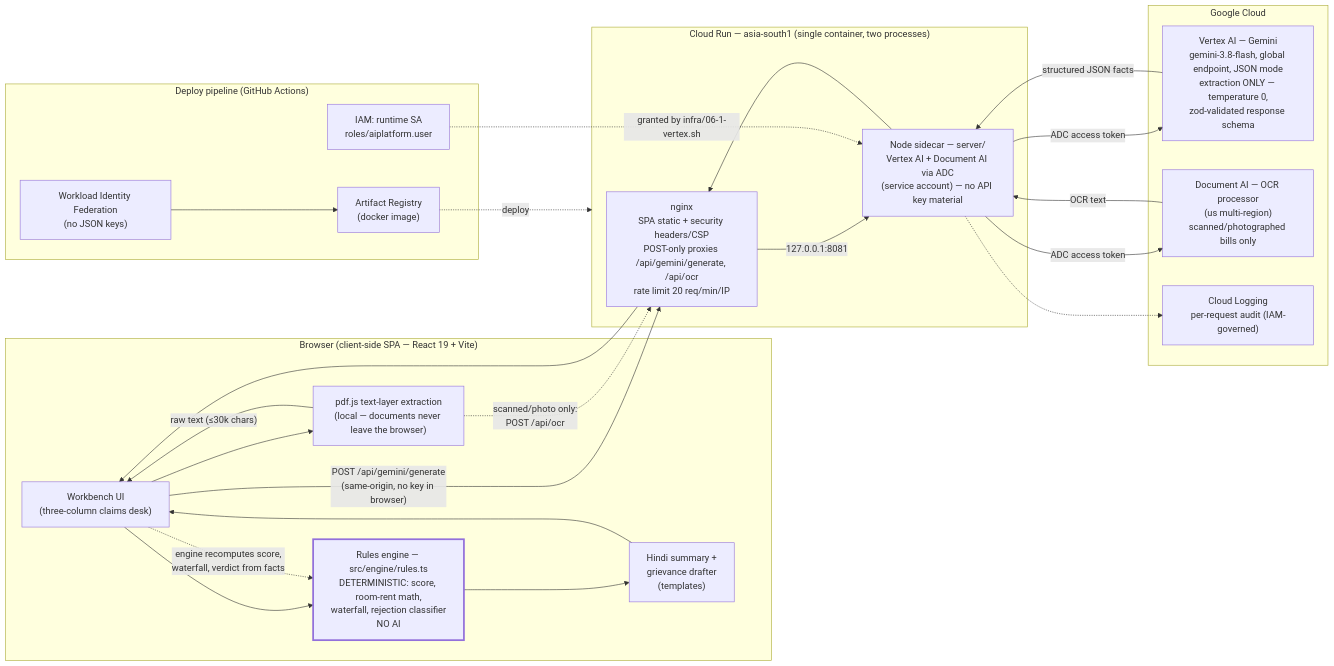
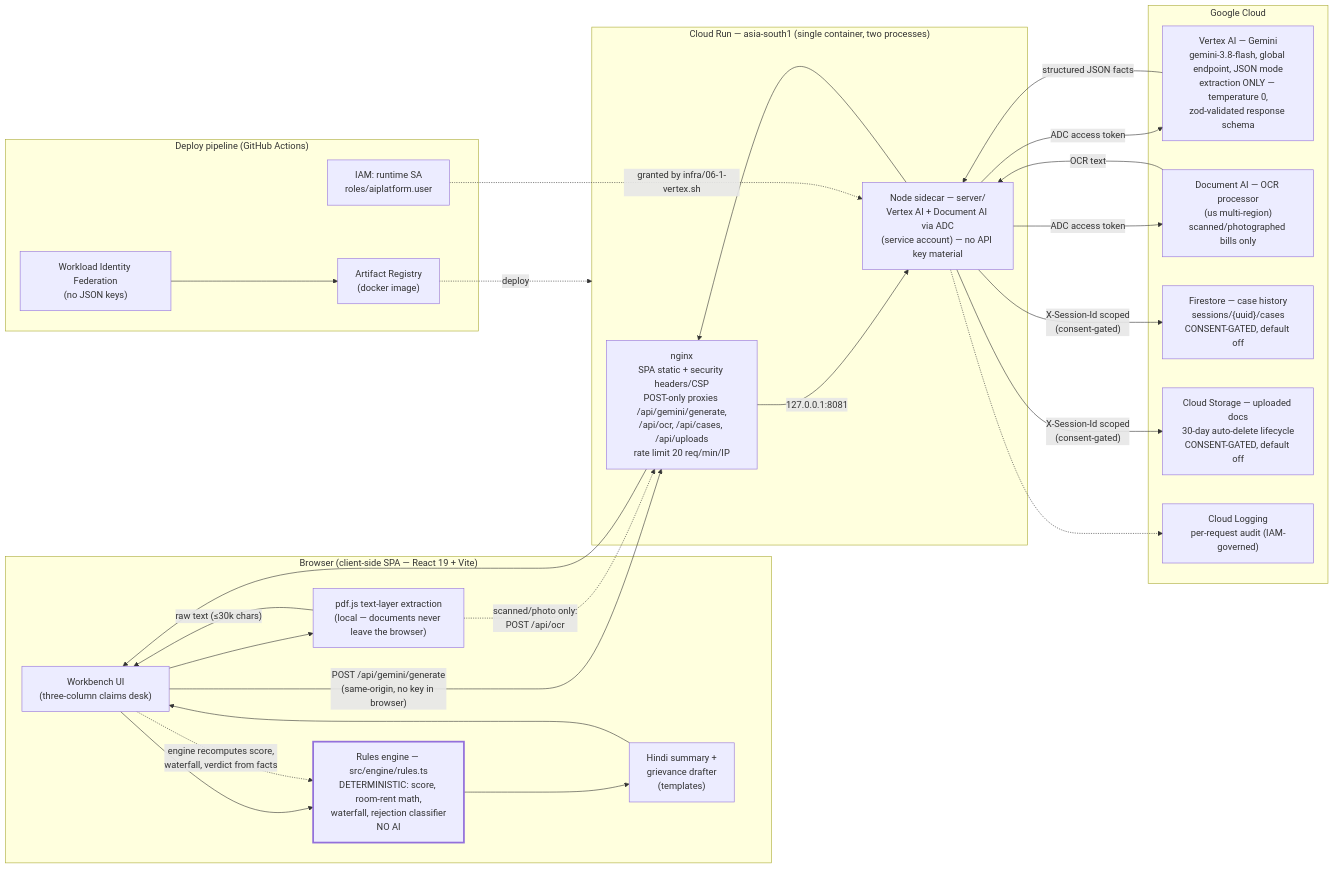
Before and after one commit to amoghng7/claimsahayak: the diagram in docs/architecture.mmd, drawn with Mermaid. The commit also changed 6 other files, not shown here.

First line of the commit message:
docs: consent-gated persistence + OCR in architecture, README, submission (6.4 docs)

```diff
--- a/docs/architecture.mmd
+++ b/docs/architecture.mmd
@@ -1,43 +1,47 @@
 flowchart LR
     subgraph browser["Browser (client-side SPA — React 19 + Vite)"]
         UI["Workbench UI\n(three-column claims desk)"]
         PDF["pdf.js text-layer extraction\n(local — documents never leave the browser)"]
         ENGINE["Rules engine — src/engine/rules.ts\nDETERMINISTIC: score, room-rent math,\nwaterfall, rejection classifier\nNO AI"]
         HINDI["Hindi summary +\ngrievance drafter\n(templates)"]
         UI --> PDF
         PDF -->|"raw text (≤30k chars)"| UI
         UI --> ENGINE
         ENGINE --> HINDI --> UI
     end
 
     subgraph cloudrun["Cloud Run — asia-south1 (single container, two processes)"]
-        NGINX["nginx\nSPA static + security headers/CSP\nPOST-only proxies /api/gemini/generate, /api/ocr\nrate limit 20 req/min/IP"]
+        NGINX["nginx\nSPA static + security headers/CSP\nPOST-only proxies /api/gemini/generate,\n/api/ocr, /api/cases, /api/uploads\nrate limit 20 req/min/IP"]
         SIDECAR["Node sidecar — server/\nVertex AI + Document AI via ADC\n(service account) — no API key material"]
         NGINX -->|"127.0.0.1:8081"| SIDECAR
     end
 
     subgraph google["Google Cloud"]
         VERTEX["Vertex AI — Gemini\ngemini-3.8-flash, global endpoint, JSON mode\nextraction ONLY — temperature 0,\nzod-validated response schema"]
         DOCAI["Document AI — OCR processor\n(us multi-region)\nscanned/photographed bills only"]
+        FS["Firestore — case history\nsessions/{uuid}/cases\nCONSENT-GATED, default off"]
+        GCS["Cloud Storage — uploaded docs\n30-day auto-delete lifecycle\nCONSENT-GATED, default off"]
         LOGS["Cloud Logging\nper-request audit (IAM-governed)"]
     end
 
     subgraph ci["Deploy pipeline (GitHub Actions)"]
         WIF["Workload Identity Federation\n(no JSON keys)"]
         AR["Artifact Registry\n(docker image)"]
         IAM["IAM: runtime SA\nroles/aiplatform.user"]
         WIF --> AR
     end
 
     UI -->|"POST /api/gemini/generate\n(same-origin, no key in browser)"| NGINX
     PDF -.->|"scanned/photo only:\nPOST /api/ocr"| NGINX
     SIDECAR -->|"ADC access token"| VERTEX
     SIDECAR -->|"ADC access token"| DOCAI
+    SIDECAR -->|"X-Session-Id scoped\n(consent-gated)"| FS
+    SIDECAR -->|"X-Session-Id scoped\n(consent-gated)"| GCS
     DOCAI -->|"OCR text"| SIDECAR
     VERTEX -->|"structured JSON facts"| SIDECAR --> NGINX --> UI
     SIDECAR -.-> LOGS
     UI -.->|"engine recomputes score,\nwaterfall, verdict from facts"| ENGINE
     IAM -.->|"granted by infra/06-1-vertex.sh"| SIDECAR
     AR -.->|deploy| cloudrun
 
     style ENGINE stroke-width:3px
```
